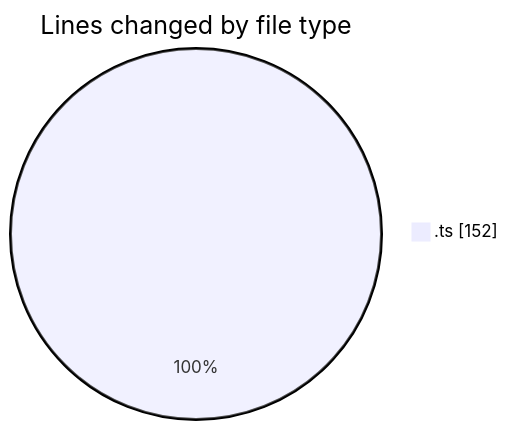
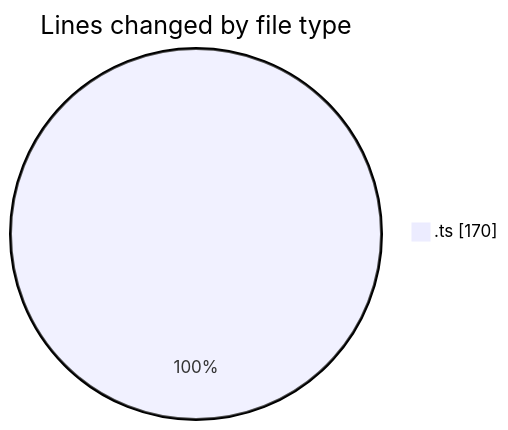
Before and after one commit to momahboobian/code-tracking: the first of 2 diagrams in 2025-06-24/cda/README.md, drawn with Mermaid. The commit also changed other lines of this file and 1 other file, not shown here.

````diff
--- a/2025-06-24/cda/README.md
+++ b/2025-06-24/cda/README.md
@@ -20,5 +20,5 @@
 ```mermaid
 pie showData
 title Lines changed by file type
-".ts" : 152
+".ts" : 170
 ```
````
